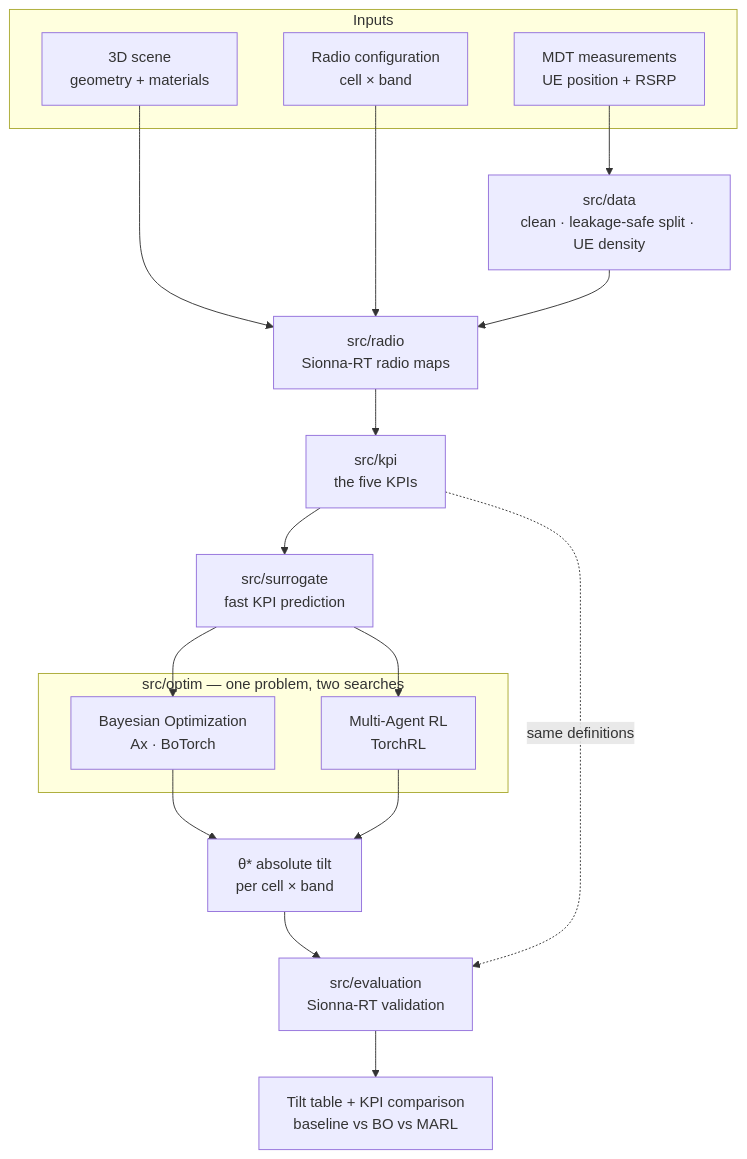
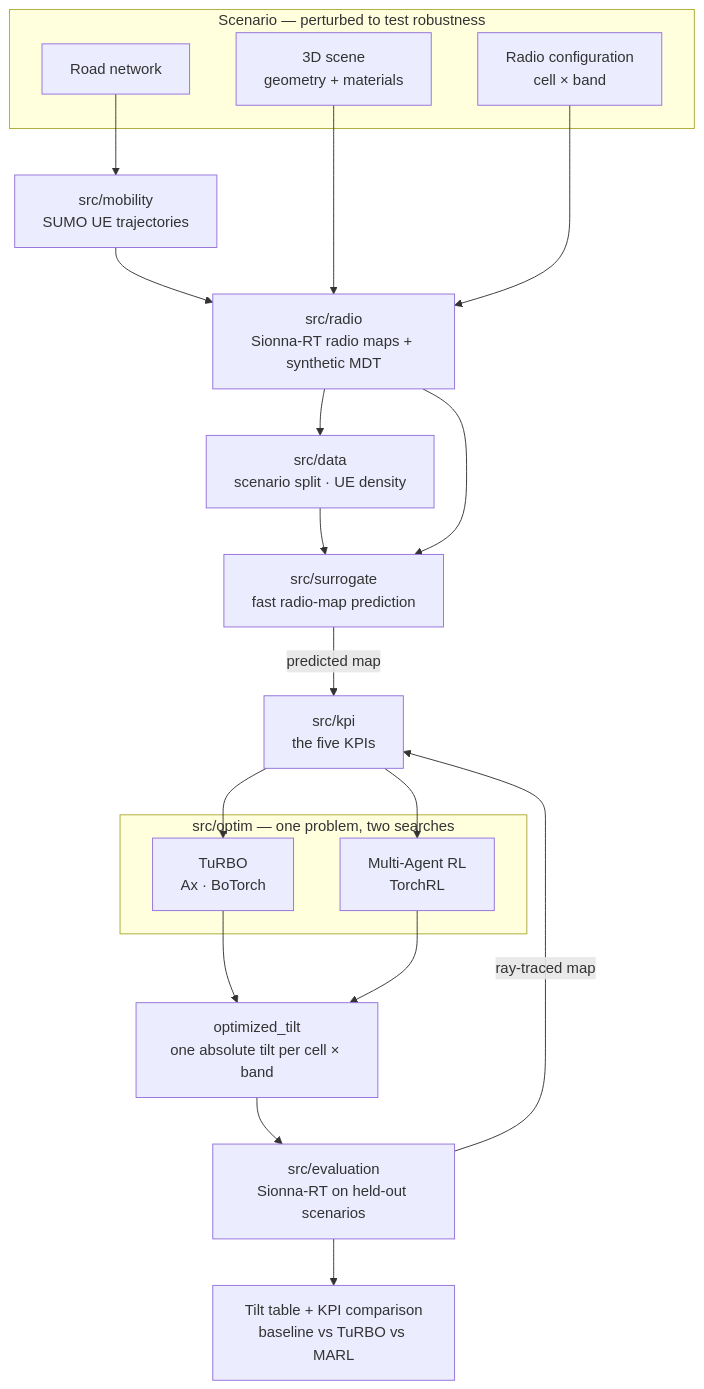
Before and after one commit to NguyenVu04/band-tilt: the diagram in README.md, drawn with Mermaid. The commit also changed other lines of this file and 68 other files, not shown here.

````diff
--- a/README.md
+++ b/README.md
@@ -104,36 +132,39 @@
 ```mermaid
 flowchart TB
-    subgraph inputs["Inputs"]
+    subgraph inputs["Scenario — perturbed to test robustness"]
         scene["3D scene<br/>geometry + materials"]
         radio["Radio configuration<br/>cell × band"]
-        mdt["MDT measurements<br/>UE position + RSRP"]
+        roads["Road network"]
     end
 
-    prep["src/data<br/>clean · leakage-safe split · UE density"]
-    rt["src/radio<br/>Sionna-RT radio maps"]
+    sumo["src/mobility<br/>SUMO UE trajectories"]
+    rt["src/radio<br/>Sionna-RT radio maps + synthetic MDT"]
+    prep["src/data<br/>scenario split · UE density"]
     kpi["src/kpi<br/>the five KPIs"]
-    sur["src/surrogate<br/>fast KPI prediction"]
+    sur["src/surrogate<br/>fast radio-map prediction"]
 
     subgraph opt["src/optim — one problem, two searches"]
-        bo["Bayesian Optimization<br/>Ax · BoTorch"]
+        bo["TuRBO<br/>Ax · BoTorch"]
         marl["Multi-Agent RL<br/>TorchRL"]
     end
 
-    theta["θ*  absolute tilt<br/>per cell × band"]
-    val["src/evaluation<br/>Sionna-RT validation"]
-    out["Tilt table + KPI comparison<br/>baseline vs BO vs MARL"]
+    tilt["optimized_tilt<br/>one absolute tilt per cell × band"]
+    val["src/evaluation<br/>Sionna-RT on held-out scenarios"]
+    out["Tilt table + KPI comparison<br/>baseline vs TuRBO vs MARL"]
 
+    roads --> sumo
+    sumo --> rt
     scene --> rt
     radio --> rt
-    mdt --> prep
-    prep --> rt
-    rt --> kpi
-    kpi --> sur
-    sur --> bo
-    sur --> marl
-    bo --> theta
-    marl --> theta
-    theta --> val
+    rt --> prep
+    prep --> sur
+    rt --> sur
+    sur -->|predicted map| kpi
+    kpi --> bo
+    kpi --> marl
+    bo --> tilt
+    marl --> tilt
+    tilt --> val
+    val -->|ray-traced map| kpi
     val --> out
-    kpi -.->|same definitions| val
 ```
````
